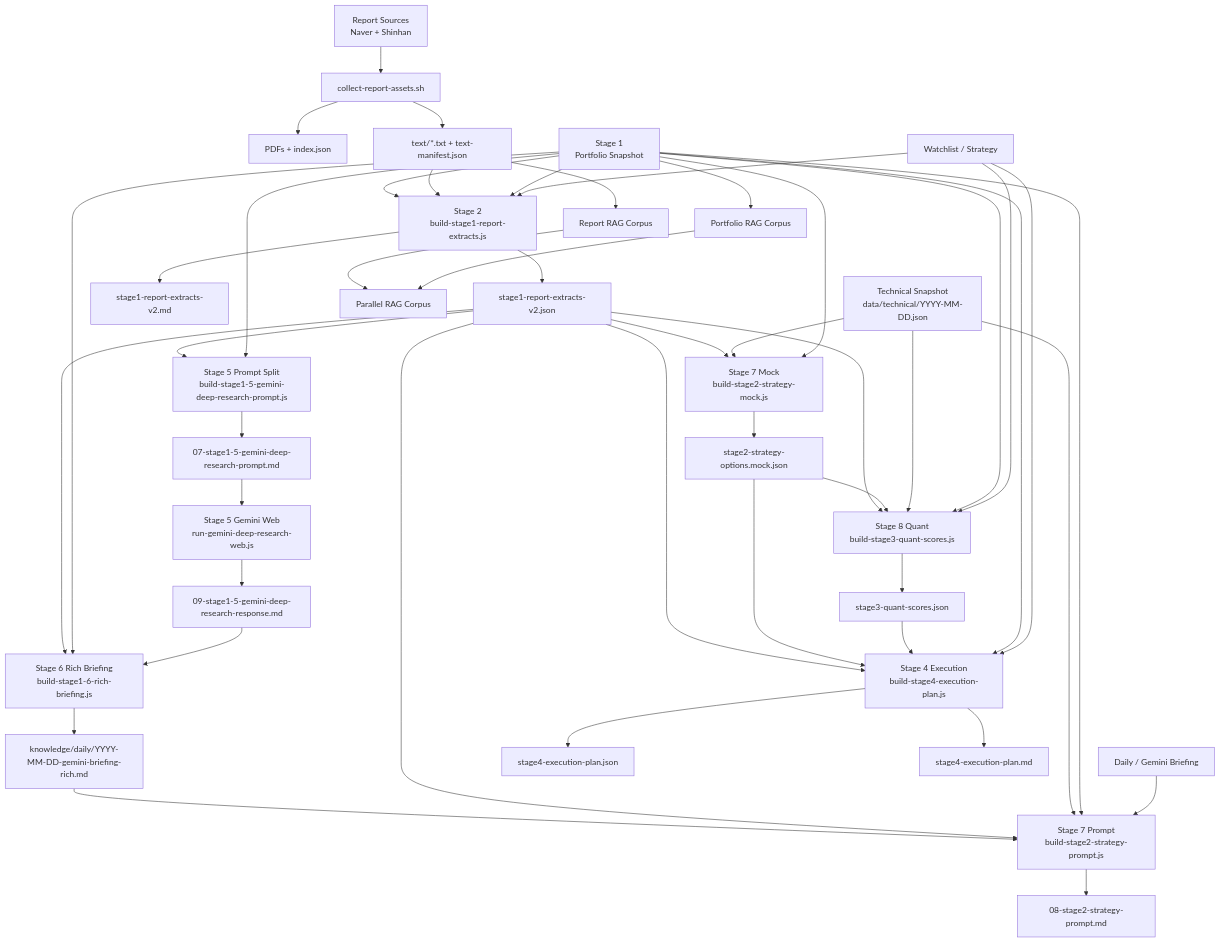
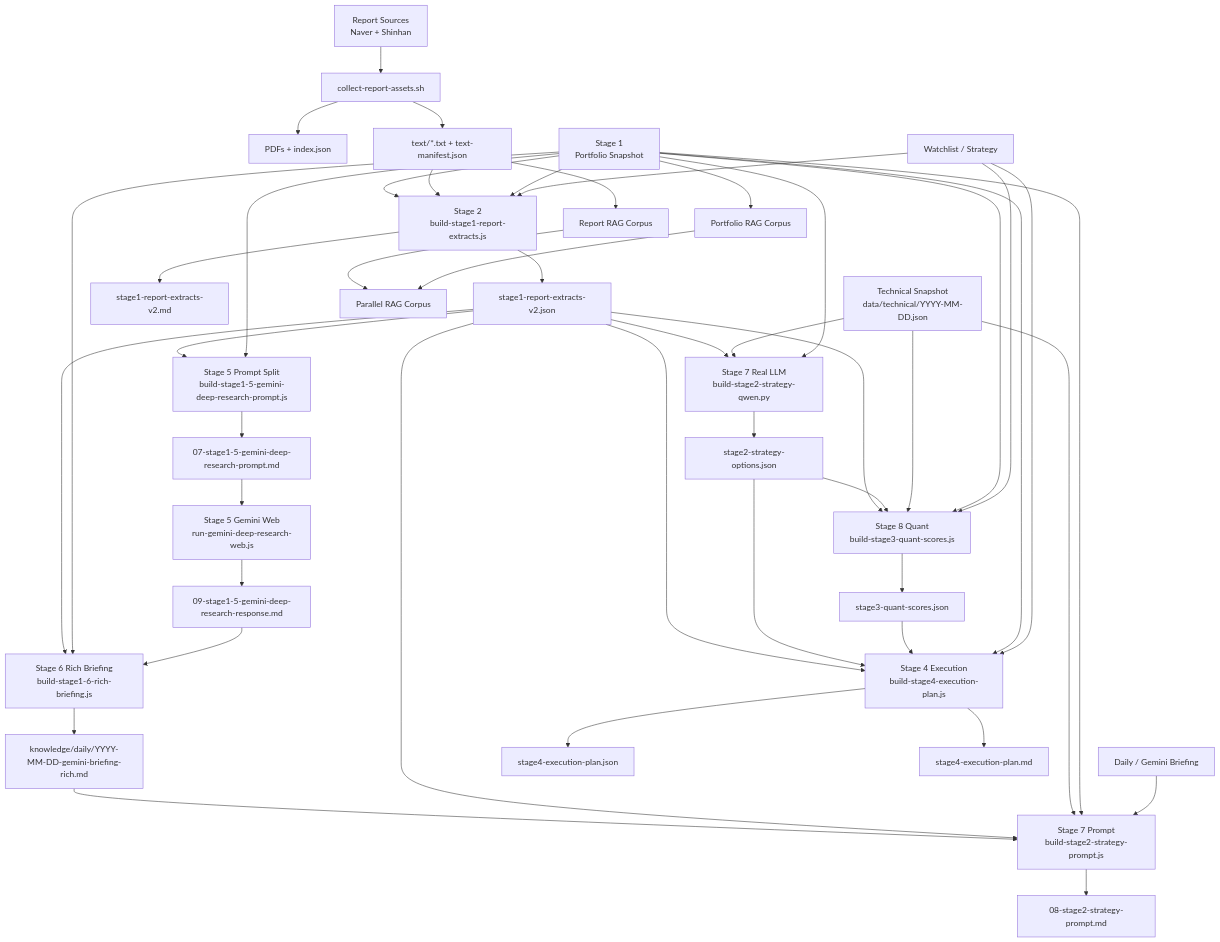
One commit to sgdrudejr/EcoReport changed the second of 2 diagrams in README.md. Above: the diagram before and after it, drawn with Mermaid. The commit also changed other lines of this file and 20 other files, not shown here.

Commit message:
Disable mock Stage 2 and Vercel deploys

````diff
--- a/README.md
+++ b/README.md
@@ -111,54 +111,54 @@
 ```mermaid
 flowchart TD
     A["Report Sources<br/>Naver + Shinhan"] --> B["collect-report-assets.sh"]
     B --> B1["PDFs + index.json"]
     B --> B2["text/*.txt + text-manifest.json"]
 
     P["Stage 1<br/>Portfolio Snapshot"] --> C
     B2 --> C["Stage 2<br/>build-stage1-report-extracts.js"]
     P --> C
     W["Watchlist / Strategy"] --> C
     C --> C1["stage1-report-extracts-v2.json"]
     C --> C2["stage1-report-extracts-v2.md"]
 
     C1 --> M["Stage 5 Prompt Split<br/>build-stage1-5-gemini-deep-research-prompt.js"]
     P --> M
     M --> M1["07-stage1-5-gemini-deep-research-prompt.md"]
     M1 --> N["Stage 5 Gemini Web<br/>run-gemini-deep-research-web.js"]
     N --> N1["09-stage1-5-gemini-deep-research-response.md"]
     C1 --> O["Stage 6 Rich Briefing<br/>build-stage1-6-rich-briefing.js"]
     P --> O
     N1 --> O
     O --> O1["knowledge/daily/YYYY-MM-DD-gemini-briefing-rich.md"]
 
     O1 --> D["Stage 7 Prompt<br/>build-stage2-strategy-prompt.js"]
     C1 --> D
-    C1 --> E["Stage 7 Mock<br/>build-stage2-strategy-mock.js"]
+    C1 --> E["Stage 7 Real LLM<br/>build-stage2-strategy-qwen.py"]
     T["Technical Snapshot<br/>data/technical/YYYY-MM-DD.json"] --> D
     T --> E
     P --> D
     P --> E
     G["Daily / Gemini Briefing"] --> D
-    E --> E1["stage2-strategy-options.mock.json"]
+    E --> E1["stage2-strategy-options.json"]
     D --> D1["08-stage2-strategy-prompt.md"]
 
     C1 --> F["Stage 8 Quant<br/>build-stage3-quant-scores.js"]
     E1 --> F
     T --> F
     P --> F
     W --> F
     F --> F1["stage3-quant-scores.json"]
 
     C1 --> H["Stage 4 Execution<br/>build-stage4-execution-plan.js"]
     E1 --> H
     F1 --> H
     P --> H
     W --> H
     H --> H1["stage4-execution-plan.json"]
     H --> H2["stage4-execution-plan.md"]
 
     B2 --> R["Report RAG Corpus"]
     P --> PR["Portfolio RAG Corpus"]
     R --> XR["Parallel RAG Corpus"]
     PR --> XR
 ```
````
